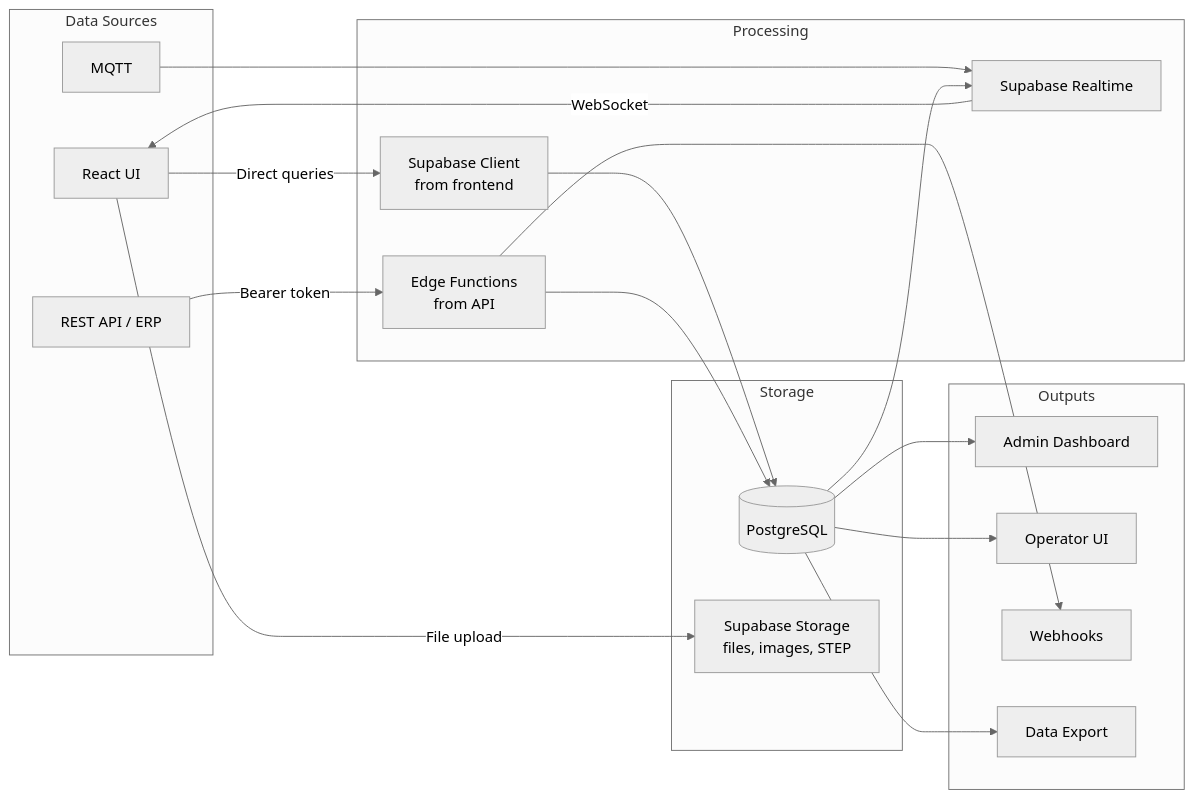
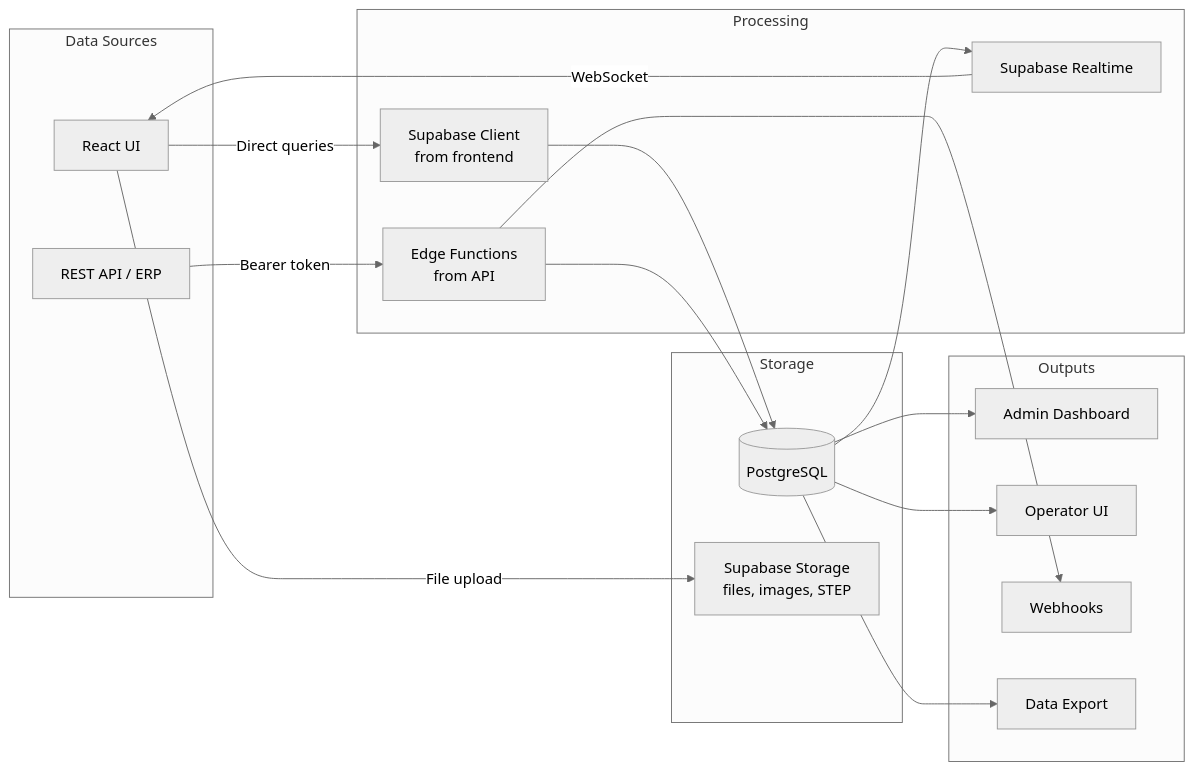
Before and after one commit to SheetMetalConnect/eryxon-flow: the fourth of 6 diagrams in docs/ARCHITECTURE.md, drawn with Mermaid (neutral theme). The commit also changed other lines of this file and 451 other files, not shown here.

````diff
--- a/docs/ARCHITECTURE.md
+++ b/docs/ARCHITECTURE.md
@@ -146,36 +144,34 @@
 ```mermaid
 graph LR
     subgraph Sources["Data Sources"]
         UI[React UI]
         API[REST API / ERP]
-        MQTT[MQTT]
     end
 
     subgraph Processing
         SBClient[Supabase Client<br/>from frontend]
         EdgeFn[Edge Functions<br/>from API]
         Realtime[Supabase Realtime]
     end
 
     subgraph Storage
         PG[(PostgreSQL)]
         S3[Supabase Storage<br/>files, images, STEP]
     end
 
     subgraph Outputs
         Dashboard[Admin Dashboard]
         Operator[Operator UI]
         Webhook[Webhooks]
         Export[Data Export]
     end
 
     UI -->|"Direct queries"| SBClient --> PG
     UI -->|"File upload"| S3
     API -->|"Bearer token"| EdgeFn --> PG
-    MQTT --> Realtime
 
     PG --> Realtime -->|"WebSocket"| UI
     PG --> Dashboard & Operator
     EdgeFn --> Webhook
     PG --> Export
 ```
````
